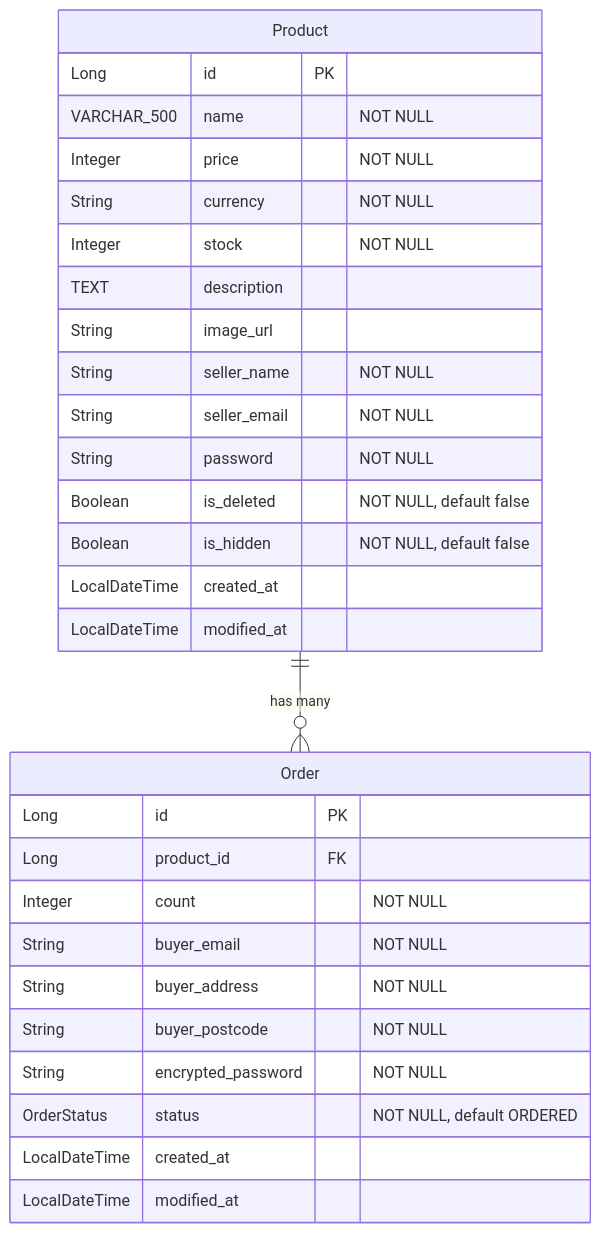
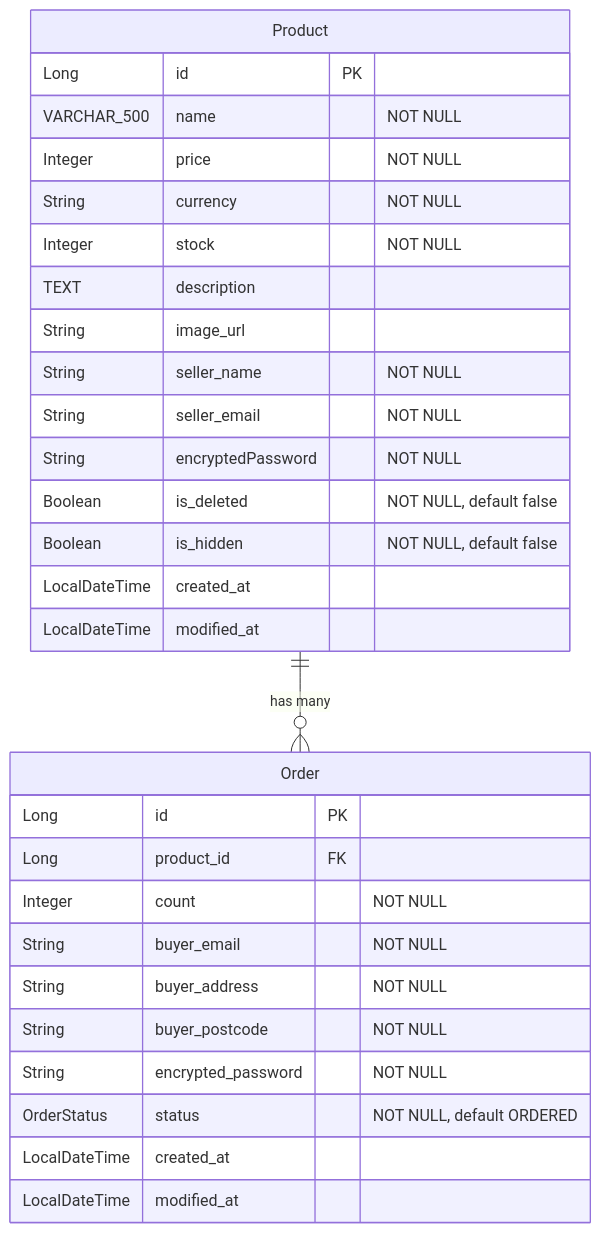
Before and after one commit to AnnieHa1002/sparta-pre-ecommerce: the diagram in README.md, drawn with Mermaid. The commit also changed 4 other files, not shown here.

````diff
--- a/README.md
+++ b/README.md
@@ -36,34 +36,34 @@
 ```mermaid
 erDiagram
     Product {
         Long id PK
         VARCHAR_500 name "NOT NULL"
         Integer price "NOT NULL"
         String currency "NOT NULL"
         Integer stock "NOT NULL"
         TEXT description
         String image_url
         String seller_name "NOT NULL"
         String seller_email "NOT NULL"
-        String password  "NOT NULL"
+        String encryptedPassword  "NOT NULL"
         Boolean is_deleted "NOT NULL, default false"
         Boolean is_hidden "NOT NULL, default false"
         LocalDateTime created_at
         LocalDateTime modified_at
     }
 
     Order {
         Long id PK
         Long product_id FK
         Integer count "NOT NULL"
         String buyer_email "NOT NULL"
         String buyer_address "NOT NULL"
         String buyer_postcode "NOT NULL"
         String encrypted_password "NOT NULL"
         OrderStatus status "NOT NULL, default ORDERED"
         LocalDateTime created_at
         LocalDateTime modified_at
     }
 
     Product ||--o{ Order : "has many"
 ```
````
